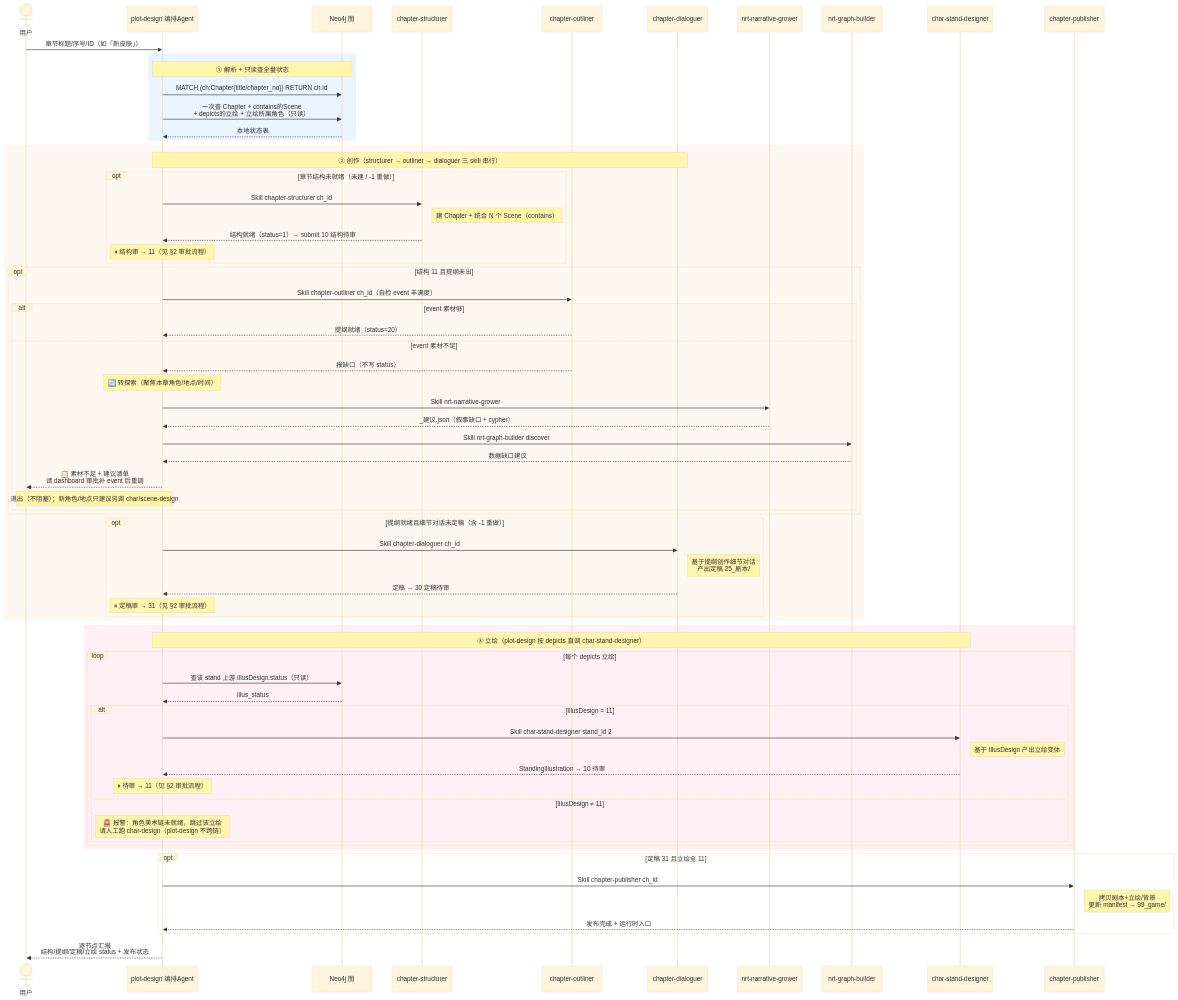
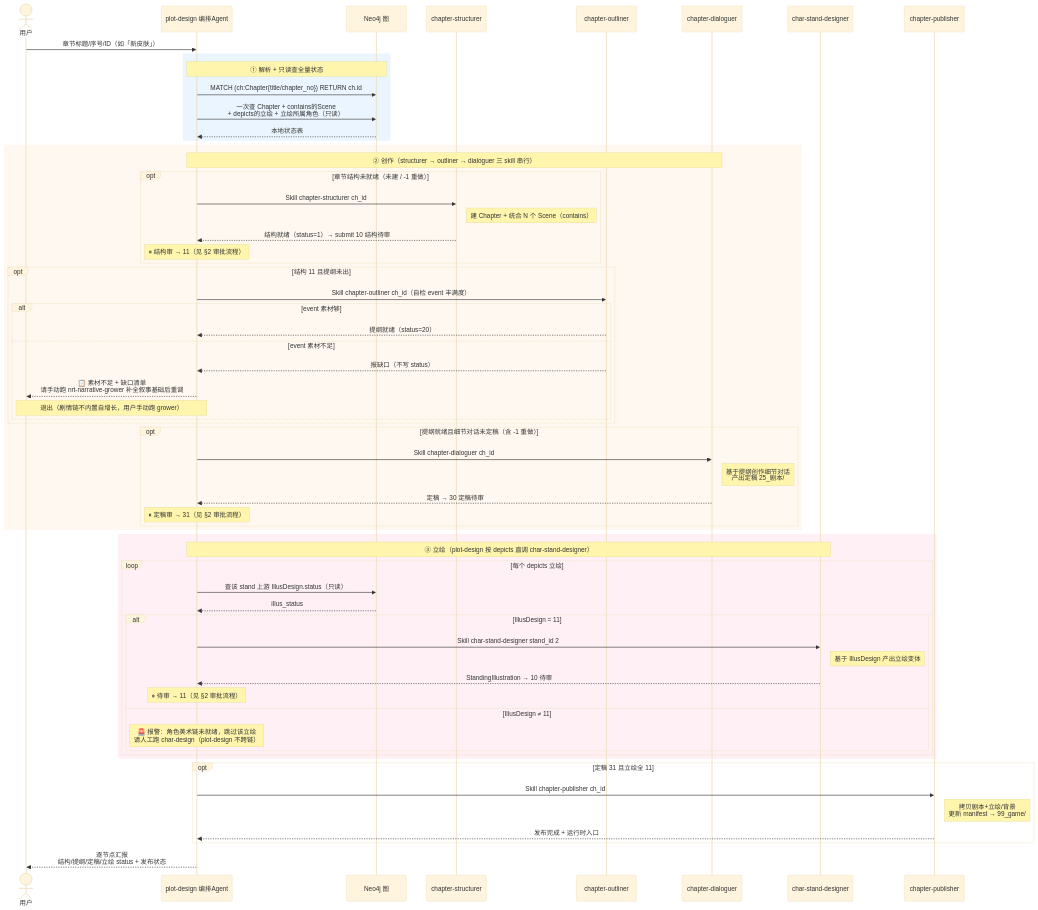
One commit to CrazyJinn/OtheredGlass changed the fourth of 4 diagrams in README.md. Above: the diagram before and after it, drawn with Mermaid (base theme). The commit also changed other lines of this file and 18 other files, not shown here.

````diff
--- a/README.md
+++ b/README.md
@@ -239,77 +239,70 @@
 ```mermaid
 sequenceDiagram
     actor U as 用户
     participant A as plot-design 编排Agent
     participant DB as Neo4j 图
     participant ST as chapter-structurer
     participant OL as chapter-outliner
     participant DG as chapter-dialoguer
-    participant Gro as nrt-narrative-grower
-    participant Gb as nrt-graph-builder
     participant Stand as char-stand-designer
     participant Pub as chapter-publisher
 
     U->>A: 章节标题/序号/ID（如「新皮肤」）
 
     rect rgb(235, 245, 255)
     Note over A,DB: ① 解析 + 只读查全量状态
     A->>DB: MATCH (ch:Chapter{title/chapter_no}) RETURN ch.id
     A->>DB: 一次查 Chapter + contains的Scene<br/>+ depicts的立绘 + 立绘所属角色（只读）
     DB-->>A: 本地状态表
     end
 
     rect rgb(255, 248, 240)
     Note over A,DG: ② 创作（structurer → outliner → dialoguer 三 skill 串行）
     opt 章节结构未就绪（未建 / -1 重做）
         A->>ST: Skill chapter-structurer ch_id
         Note right of ST: 建 Chapter + 统合 N 个 Scene（contains）
         ST-->>A: 结构就绪（status=1）→ submit 10 结构待审
         Note over A: ⏸ 结构审 → 11（见 §2 审批流程）
     end
     opt 结构 11 且提纲未出
         A->>OL: Skill chapter-outliner ch_id（自检 event 丰满度）
         alt event 素材够
             OL-->>A: 提纲就绪（status=20）
         else event 素材不足
             OL-->>A: 报缺口（不写 status）
-            Note over A: 🔄 转探索（聚焦本章角色/地点/时间）
-            A->>Gro: Skill nrt-narrative-grower
-            Gro-->>A: _建议.json（叙事缺口 + cypher）
-            A->>Gb: Skill nrt-graph-builder discover
-            Gb-->>A: 数据缺口建议
-            A-->>U: 📋 素材不足 + 建议清单<br/>请 dashboard 审批补 event 后重调
-            Note over A,U: 退出（不阻塞）；新角色/地点只建议另调 char/scene-design
+            A-->>U: 📋 素材不足 + 缺口清单<br/>请手动跑 nrt-narrative-grower 补全叙事基础后重调
+            Note over A,U: 退出（剧情链不内置自增长，用户手动跑 grower）
         end
     end
     opt 提纲就绪且细节对话未定稿（含 -1 重做）
         A->>DG: Skill chapter-dialoguer ch_id
         Note right of DG: 基于提纲创作细节对话<br/>产出定稿 25_剧本/
         DG-->>A: 定稿 → 30 定稿待审
         Note over A: ⏸ 定稿审 → 31（见 §2 审批流程）
     end
     end
 
     rect rgb(255, 240, 245)
     Note over A,Stand: ③ 立绘（plot-design 按 depicts 直调 char-stand-designer）
     loop 每个 depicts 立绘
         A->>DB: 查该 stand 上游 IllusDesign.status（只读）
         DB-->>A: illus_status
         alt IllusDesign = 11
             A->>Stand: Skill char-stand-designer stand_id 2
             Note right of Stand: 基于 IllusDesign 产出立绘变体
             Stand-->>A: StandingIllustration → 10 待审
             Note over A: ⏸ 待审 → 11（见 §2 审批流程）
         else IllusDesign ≠ 11
             Note over A: 🚨 报警：角色美术链未就绪，跳过该立绘<br/>请人工跑 char-design（plot-design 不跨链）
         end
     end
     end
 
     opt 定稿 31 且立绘全 11
         A->>Pub: Skill chapter-publisher ch_id
         Note right of Pub: 拷贝剧本+立绘/背景<br/>更新 manifest → 99_game/
         Pub-->>A: 发布完成 + 运行时入口
     end
 
     A-->>U: 逐节点汇报<br/>结构/提纲/定稿/立绘 status + 发布状态
 ```
````
